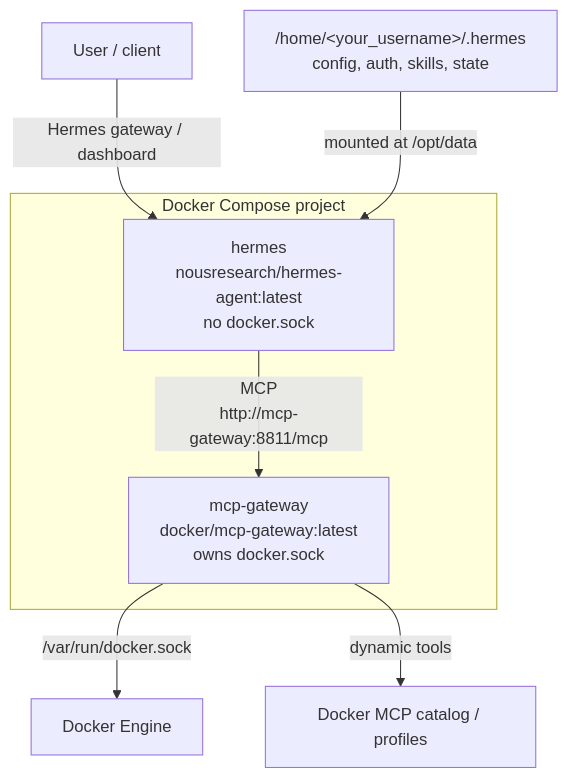
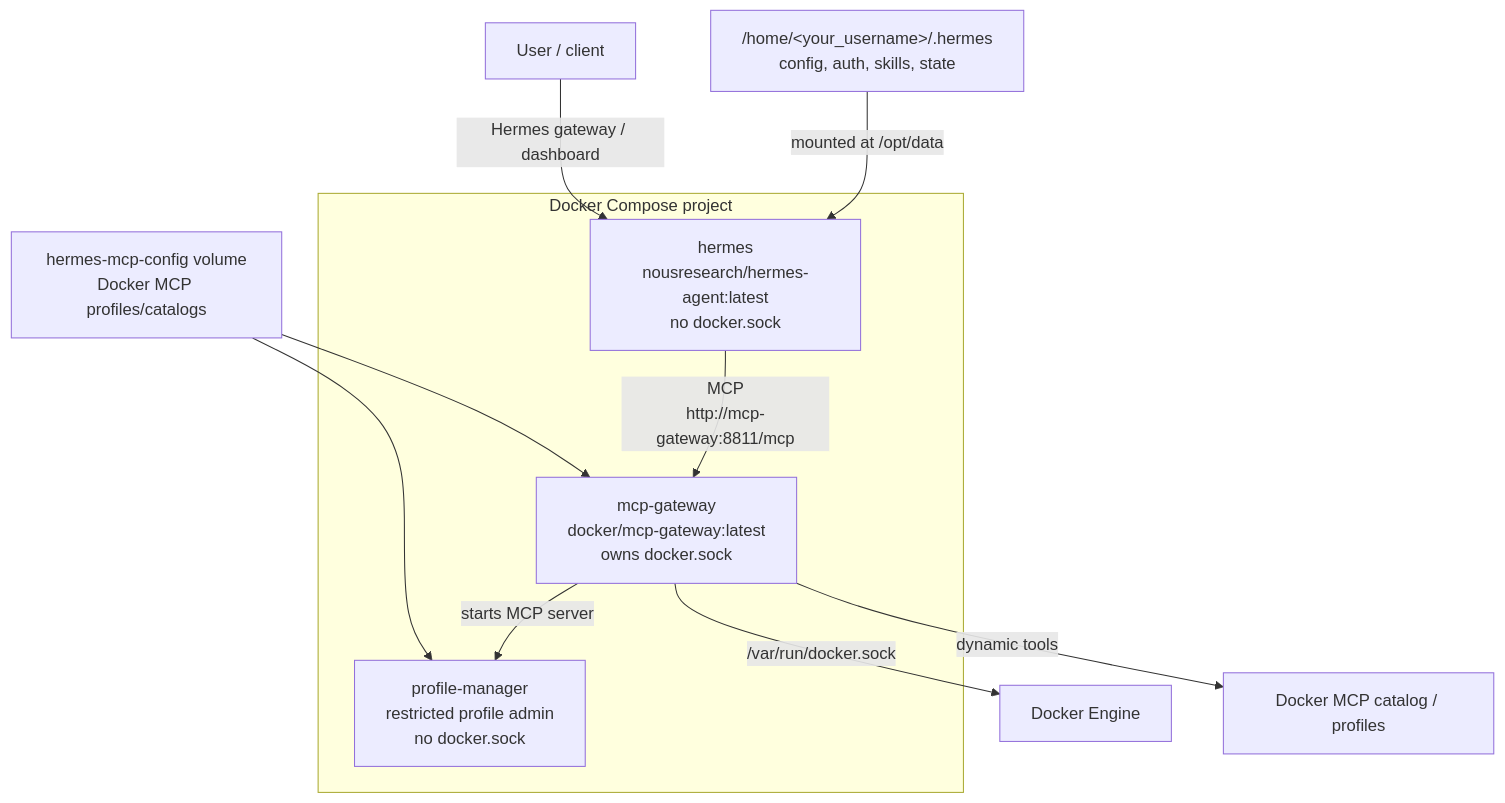
The diagram in README.md (sekai-dev-team/hermes-docker-deployment), drawn with Mermaid before and after one commit. The commit also changed other lines of this file and 9 other files, not shown here.

Commit message:
feat: add restricted profile manager

````diff
--- a/README.md
+++ b/README.md
@@ -7,14 +7,18 @@
 ```mermaid
 flowchart TB
     User["User / client"] -->|Hermes gateway / dashboard| Hermes
 
     subgraph Compose["Docker Compose project"]
         Hermes["hermes<br/>nousresearch/hermes-agent:latest<br/>no docker.sock"]
         Gateway["mcp-gateway<br/>docker/mcp-gateway:latest<br/>owns docker.sock"]
+        ProfileManager["profile-manager<br/>restricted profile admin<br/>no docker.sock"]
     end
 
     Data["/home/&lt;your_username&gt;/.hermes<br/>config, auth, skills, state"] -->|mounted at /opt/data| Hermes
+    McpConfig["hermes-mcp-config volume<br/>Docker MCP profiles/catalogs"] --> Gateway
+    McpConfig --> ProfileManager
     Hermes -->|MCP<br/>http://mcp-gateway:8811/mcp| Gateway
     Gateway -->|/var/run/docker.sock| Docker["Docker Engine"]
     Gateway -->|dynamic tools| Catalog["Docker MCP catalog / profiles"]
+    Gateway -->|starts MCP server| ProfileManager
 ```
````
